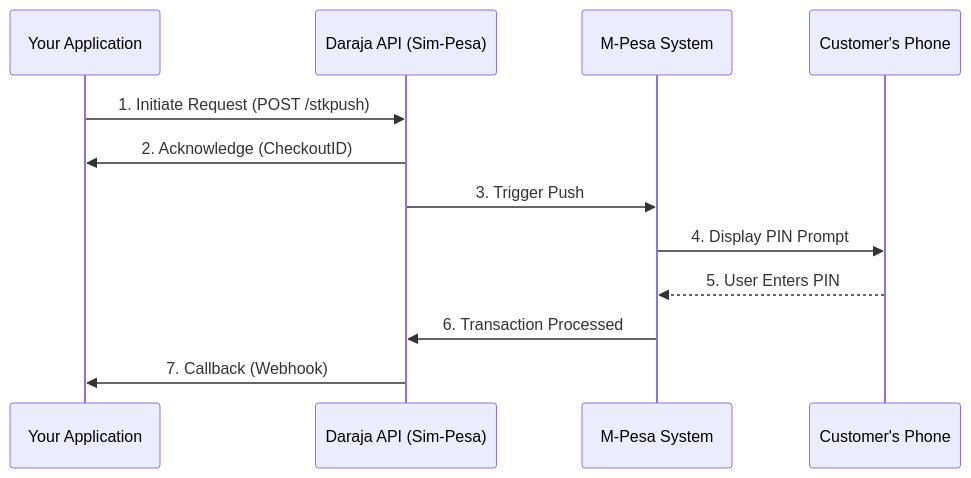
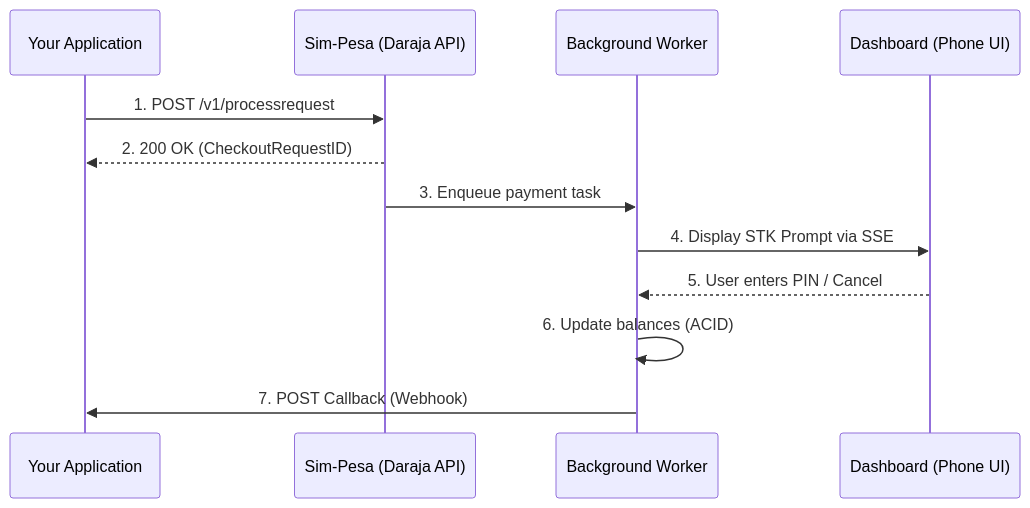
The diagram in docs-site/docs/guide/how-mpesa-works.md (paul-murithi/simpesa), drawn with Mermaid before and after one commit. The commit also changed other lines of this file and 15 other files, not shown here.

````diff
--- a/docs-site/docs/guide/how-mpesa-works.md
+++ b/docs-site/docs/guide/how-mpesa-works.md
@@ -8,15 +9,15 @@
 ```mermaid
 sequenceDiagram
     participant App as Your Application
-    participant Daraja as Daraja API (Sim-Pesa)
-    participant Mpesa as M-Pesa System
-    participant Phone as Customer's Phone
+    participant Sim as Sim-Pesa (Daraja API)
+    participant Worker as Background Worker
+    participant UI as Dashboard (Phone UI)
 
-    App->>Daraja: 1. Initiate Request (POST /stkpush)
-    Daraja->>App: 2. Acknowledge (CheckoutID)
-    Daraja->>Mpesa: 3. Trigger Push
-    Mpesa->>Phone: 4. Display PIN Prompt
-    Phone-->>Mpesa: 5. User Enters PIN
-    Mpesa->>Daraja: 6. Transaction Processed
-    Daraja->>App: 7. Callback (Webhook)
+    App->>Sim: 1. POST /v1/processrequest
+    Sim-->>App: 2. 200 OK (CheckoutRequestID)
+    Sim->>Worker: 3. Enqueue payment task
+    Worker->>UI: 4. Display STK Prompt via SSE
+    UI-->>Worker: 5. User enters PIN / Cancel
+    Worker->>Worker: 6. Update balances (ACID)
+    Worker->>App: 7. POST Callback (Webhook)
 ```
````
